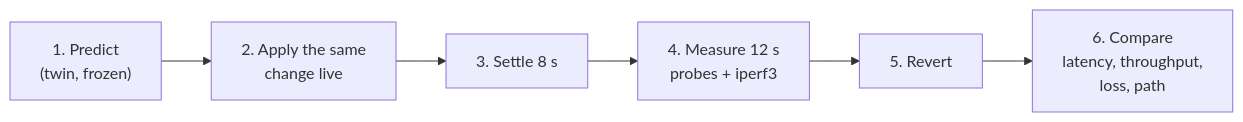
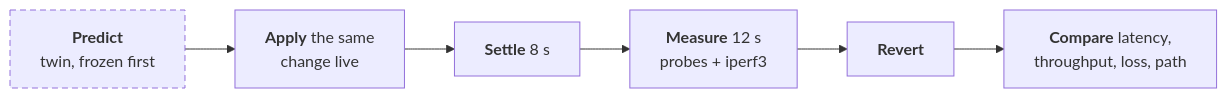
One commit to hrdk6/NETVISTA changed the tenth of 10 diagrams in README.md. Above: the diagram before and after it, drawn with Mermaid. The commit also changed other lines of this file, not shown here.

First line of the commit message:
README: fix clipped Mermaid diagrams on GitHub, redraw the architecture, add two diagrams

````diff
--- a/README.md
+++ b/README.md
@@ -224,8 +293,11 @@
 ```mermaid
+%%{init: {"flowchart": {"wrappingWidth": 300}} }%%
 flowchart LR
-    P["1. Predict<br/>(twin, frozen)"] --> A["2. Apply the same<br/>change live"]
-    A --> S["3. Settle 8 s"]
-    S --> M["4. Measure 12 s<br/>probes + iperf3"]
-    M --> R["5. Revert"]
-    R --> C["6. Compare<br/>latency, throughput,<br/>loss, path"]
+    P["<b>Predict</b><br/>twin, frozen first"]:::sim --> A["<b>Apply</b> the same<br/>change live"]
+    A --> S["<b>Settle</b> 8 s"]
+    S --> M["<b>Measure</b> 12 s<br/>probes + iperf3"]
+    M --> R["<b>Revert</b>"]
+    R --> C["<b>Compare</b> latency,<br/>throughput, loss, path"]
+
+    classDef sim stroke-dasharray: 6 4
 ```
````
